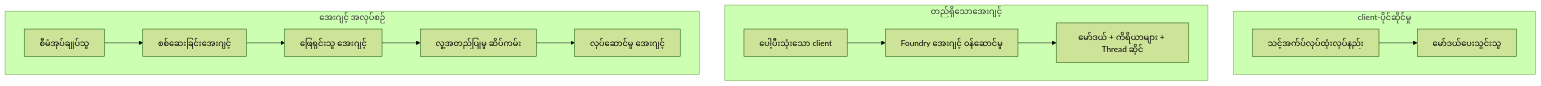
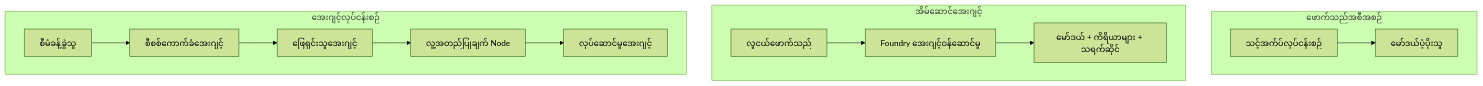
Before and after one commit to microsoft/ai-agents-for-beginners: the first of 4 diagrams in translations/my/16-deploying-scalable-agents/README.md, drawn with Mermaid (forest theme). The commit also changed other lines of this file and 45 other files, not shown here.

````diff
--- a/translations/my/16-deploying-scalable-agents/README.md
+++ b/translations/my/16-deploying-scalable-agents/README.md
@@ -87,16 +87,16 @@
 ```mermaid
 flowchart TB
-    subgraph P1[client-ပိုင်ဆိုင်မှု]
-        A1[သင့်အက်ပ်လုပ်ထုံးလုပ်နည်း] --> M1[မော်ဒယ်ပေးသွင်းသူ]
+    subgraph P1[ဖောက်သည်အစီအစဉ်]
+        A1[သင့်အက်ပ်လုပ်ငန်းစဉ်] --> M1[မော်ဒယ်ပံ့ပိုးသူ]
     end
-    subgraph P2[တည်ရှိသောအေးဂျင့်]
-        A2[ပေါ့ပီးသုံးသော client] --> F2[Foundry အေးဂျင့် ၀န်ဆောင်မှု]
-        F2 --> M2[မော်ဒယ် + ကိရိယာများ + Thread ဆိုင်]
+    subgraph P2[အိမ်ဆောင်အေးဂျင့်]
+        A2[လူငယ်ဖောက်သည်] --> F2[Foundry အေးဂျင့်ဝန်ဆောင်မှု]
+        F2 --> M2[မော်ဒယ် + ကိရိယာများ + သရက်ဆိုင်]
     end
-    subgraph P3[အေးဂျင့် အလုပ်စဉ်]
-        A3[စီမံအုပ်ချုပ်သူ] --> S1[စစ်ဆေးခြင်းအေးဂျင့်]
-        S1 --> S2[ဖြေရှင်းသူ အေးဂျင့်]
-        S2 --> H[လူ့အတည်ပြုမှု ဆိပ်ကမ်း]
-        H --> S3[လုပ်ဆောင်မှု အေးဂျင့်]
+    subgraph P3[အေးဂျင့်လုပ်ငန်းစဉ်]
+        A3[စီမံခန့်ခွဲသူ] --> S1[စီစစ်ကောက်ခံအေးဂျင့်]
+        S1 --> S2[ဖြေရှင်းသူအေးဂျင့်]
+        S2 --> H[လူ့အတည်ပြုချက် Node]
+        H --> S3[လုပ်ဆောင်မှုအေးဂျင့်]
     end
 ```
````
